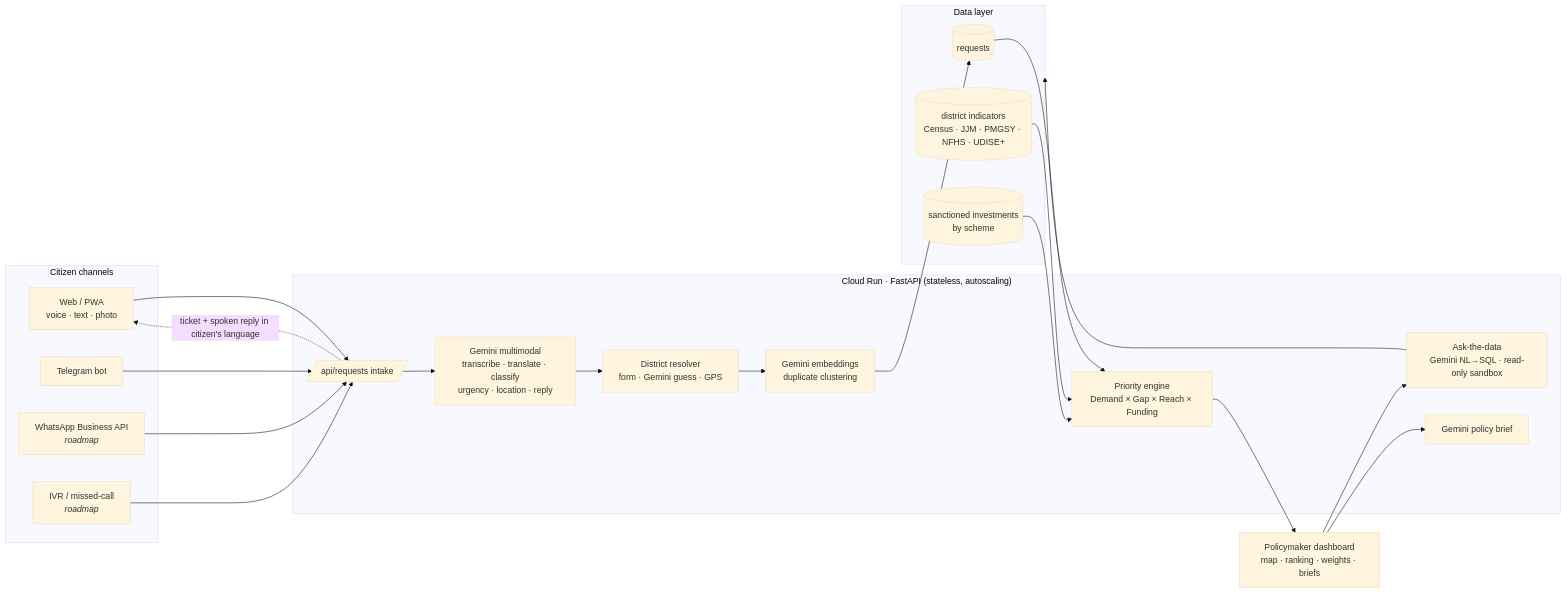
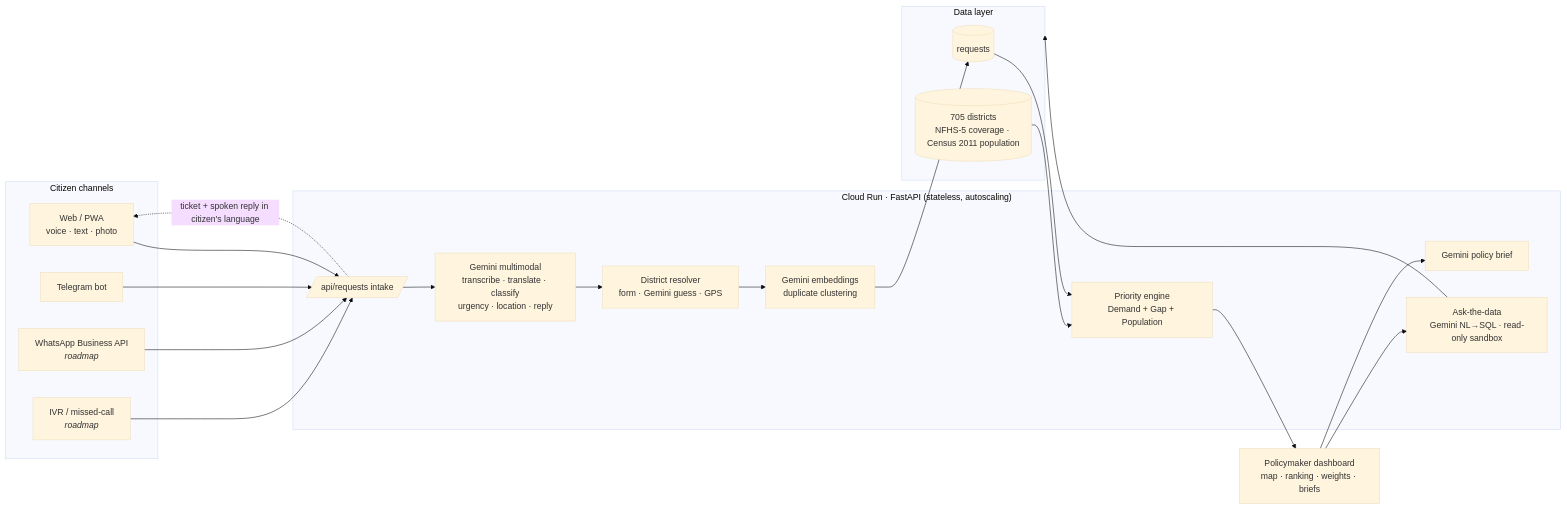
Before and after one commit to 20072601SHAMEEMA/janvaani: the diagram in docs/ARCHITECTURE.md, drawn with Mermaid (base theme). The commit also changed other lines of this file and 15 other files, not shown here.

First line of the commit message:
Use real data: NFHS-5 indicators and Census 2011 population for all 705 districts

````diff
--- a/docs/ARCHITECTURE.md
+++ b/docs/ARCHITECTURE.md
@@ -5,31 +5,30 @@
 ```mermaid
 flowchart LR
   subgraph Channels["Citizen channels"]
     W[Web / PWA<br/>voice · text · photo]
     T[Telegram bot]
     WA[WhatsApp Business API<br/><i>roadmap</i>]
     IVR[IVR / missed-call<br/><i>roadmap</i>]
   end
 
   subgraph Run["Cloud Run · FastAPI (stateless, autoscaling)"]
     I[/api/requests intake/]
     G1[Gemini multimodal<br/>transcribe · translate · classify<br/>urgency · location · reply]
     E[Gemini embeddings<br/>duplicate clustering]
     R[District resolver<br/>form · Gemini guess · GPS]
-    P[Priority engine<br/>Demand × Gap × Reach × Funding]
+    P[Priority engine<br/>Demand + Gap + Population]
     Q[Ask-the-data<br/>Gemini NL→SQL · read-only sandbox]
     B[Gemini policy brief]
   end
 
   subgraph Data["Data layer"]
     REQ[(requests)]
-    DIST[(district indicators<br/>Census · JJM · PMGSY · NFHS · UDISE+)]
-    INV[(sanctioned investments<br/>by scheme)]
+    DIST[(705 districts<br/>NFHS-5 coverage · Census 2011 population)]
   end
 
   W & T & WA & IVR --> I --> G1 --> R --> E --> REQ
-  REQ & DIST & INV --> P --> D[Policymaker dashboard<br/>map · ranking · weights · briefs]
+  REQ & DIST --> P --> D[Policymaker dashboard<br/>map · ranking · weights · briefs]
   D --> Q --> Data
   D --> B
   I -. ticket + spoken reply in citizen's language .-> W
 ```
````
